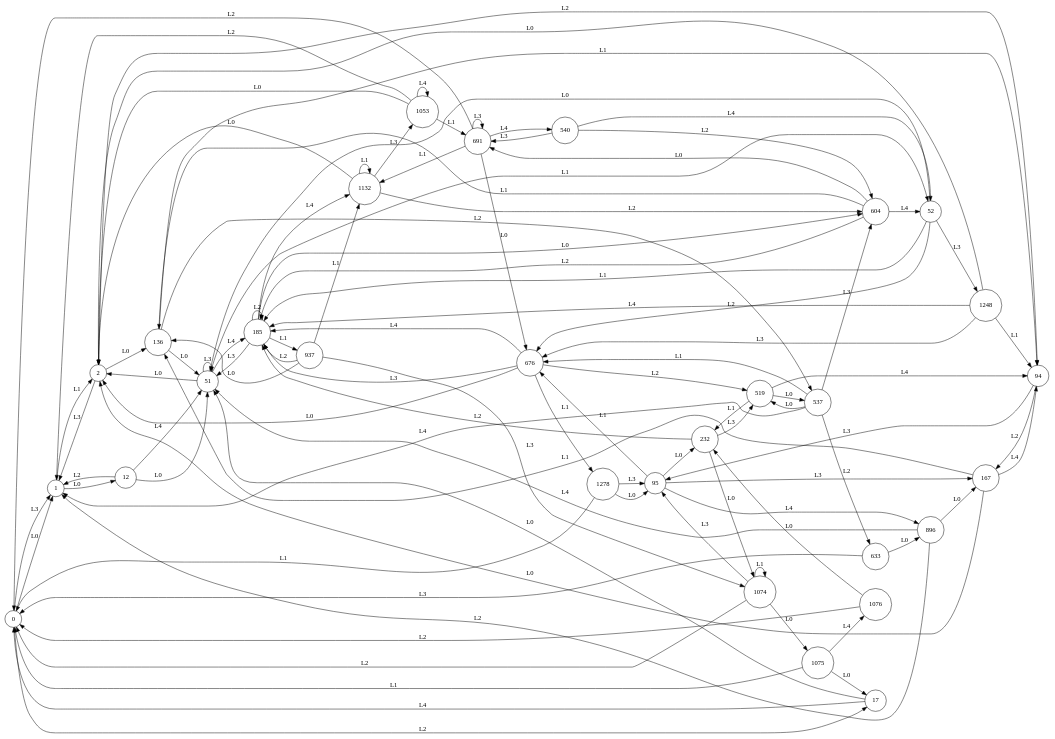
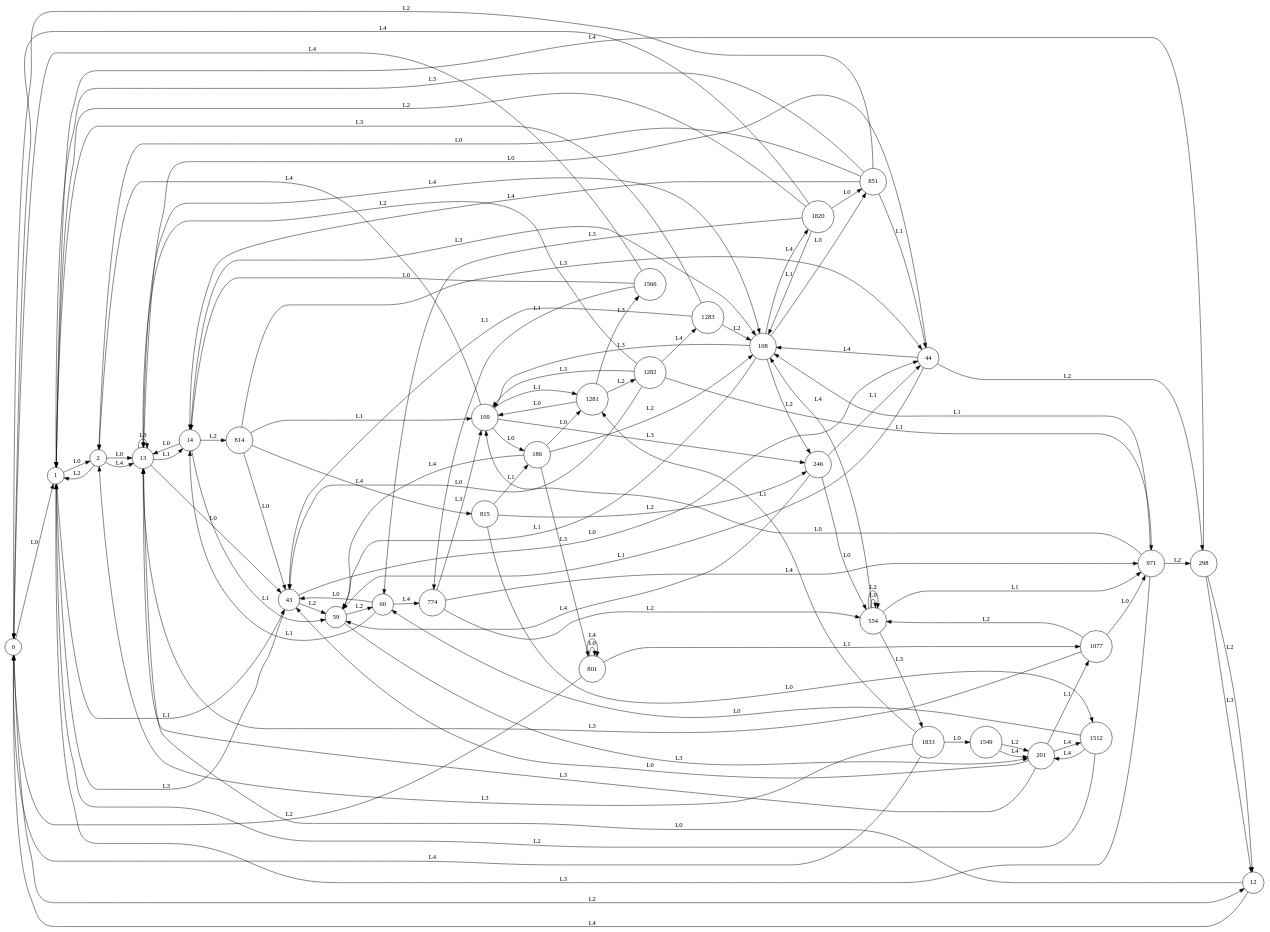
Before and after one commit to k85-ai/KB1: the diagram in learning_E0/learnt-automaton_10_2_5_4~1.dot, drawn with Graphviz. The commit also changed 808 other files, not shown here.

```diff
--- a/learning_E0/learnt-automaton_10_2_5_4~1.dot
+++ b/learning_E0/learnt-automaton_10_2_5_4~1.dot
@@ -1,131 +1,146 @@
 digraph learntMachine {
   rankdir=LR;
   0 [shape=circle, label="0"];
   1 [shape=circle, label="1"];
   2 [shape=circle, label="2"];
   12 [shape=circle, label="12"];
-  17 [shape=circle, label="17"];
-  51 [shape=circle, label="51"];
-  52 [shape=circle, label="52"];
-  94 [shape=circle, label="94"];
-  95 [shape=circle, label="95"];
-  136 [shape=circle, label="136"];
-  167 [shape=circle, label="167"];
-  185 [shape=circle, label="185"];
-  232 [shape=circle, label="232"];
-  519 [shape=circle, label="519"];
-  537 [shape=circle, label="537"];
-  540 [shape=circle, label="540"];
-  604 [shape=circle, label="604"];
-  633 [shape=circle, label="633"];
-  676 [shape=circle, label="676"];
-  691 [shape=circle, label="691"];
-  896 [shape=circle, label="896"];
-  937 [shape=circle, label="937"];
-  1053 [shape=circle, label="1053"];
-  1074 [shape=circle, label="1074"];
-  1075 [shape=circle, label="1075"];
-  1076 [shape=circle, label="1076"];
-  1132 [shape=circle, label="1132"];
-  1248 [shape=circle, label="1248"];
-  1278 [shape=circle, label="1278"];
+  13 [shape=circle, label="13"];
+  14 [shape=circle, label="14"];
+  43 [shape=circle, label="43"];
+  44 [shape=circle, label="44"];
+  59 [shape=circle, label="59"];
+  60 [shape=circle, label="60"];
+  108 [shape=circle, label="108"];
+  109 [shape=circle, label="109"];
+  186 [shape=circle, label="186"];
+  201 [shape=circle, label="201"];
+  246 [shape=circle, label="246"];
+  298 [shape=circle, label="298"];
+  554 [shape=circle, label="554"];
+  774 [shape=circle, label="774"];
+  801 [shape=circle, label="801"];
+  814 [shape=circle, label="814"];
+  815 [shape=circle, label="815"];
+  851 [shape=circle, label="851"];
+  971 [shape=circle, label="971"];
+  1077 [shape=circle, label="1077"];
+  1281 [shape=circle, label="1281"];
+  1282 [shape=circle, label="1282"];
+  1283 [shape=circle, label="1283"];
+  1512 [shape=circle, label="1512"];
+  1549 [shape=circle, label="1549"];
+  1566 [shape=circle, label="1566"];
+  1820 [shape=circle, label="1820"];
+  1833 [shape=circle, label="1833"];
   0 -> 1 [label="L0"];
-  1 -> 2 [label="L1"];
-  2 -> 1 [label="L3"];
-  1 -> 12 [label="L0"];
-  12 -> 51 [label="L0"];
-  0 -> 17 [label="L2"];
-  17 -> 0 [label="L4"];
-  12 -> 1 [label="L2"];
-  17 -> 51 [label="L0"];
-  51 -> 52 [label="L1"];
-  52 -> 51 [label="L0"];
-  2 -> 94 [label="L2"];
-  94 -> 95 [label="L3"];
-  2 -> 136 [label="L0"];
-  136 -> 51 [label="L0"];
-  52 -> 185 [label="L1"];
-  12 -> 51 [label="L4"];
-  94 -> 167 [label="L2"];
-  167 -> 136 [label="L1"];
-  51 -> 185 [label="L4"];
-  185 -> 51 [label="L3"];
-  232 -> 1074 [label="L0"];
-  136 -> 94 [label="L1"];
-  51 -> 2 [label="L0"];
-  167 -> 2 [label="L0"];
-  185 -> 185 [label="L2"];
-  167 -> 94 [label="L4"];
-  95 -> 676 [label="L1"];
-  519 -> 94 [label="L4"];
-  136 -> 537 [label="L2"];
-  537 -> 604 [label="L3"];
-  540 -> 691 [label="L3"];
-  95 -> 167 [label="L3"];
-  604 -> 136 [label="L1"];
-  633 -> 0 [label="L3"];
-  52 -> 676 [label="L2"];
-  676 -> 185 [label="L3"];
-  691 -> 676 [label="L0"];
-  95 -> 896 [label="L4"];
-  896 -> 167 [label="L0"];
-  937 -> 185 [label="L2"];
-  676 -> 185 [label="L4"];
-  1074 -> 1075 [label="L0"];
-  1075 -> 1076 [label="L4"];
-  1076 -> 232 [label="L0"];
-  1132 -> 1132 [label="L1"];
-  896 -> 1 [label="L2"];
-  1248 -> 2 [label="L0"];
-  1278 -> 0 [label="L1"];
-  937 -> 136 [label="L0"];
-  937 -> 1132 [label="L1"];
-  95 -> 232 [label="L0"];
-  232 -> 519 [label="L3"];
-  1132 -> 1053 [label="L3"];
-  537 -> 1 [label="L4"];
-  540 -> 604 [label="L2"];
-  1132 -> 2 [label="L0"];
-  1248 -> 185 [label="L4"];
-  232 -> 185 [label="L2"];
-  51 -> 51 [label="L3"];
-  185 -> 604 [label="L0"];
-  185 -> 1132 [label="L4"];
-  52 -> 1248 [label="L3"];
-  676 -> 2 [label="L0"];
-  676 -> 1278 [label="L1"];
-  1248 -> 94 [label="L1"];
-  1278 -> 95 [label="L0"];
-  604 -> 691 [label="L0"];
-  1248 -> 676 [label="L3"];
-  1053 -> 691 [label="L1"];
-  896 -> 51 [label="L4"];
-  519 -> 537 [label="L0"];
-  185 -> 937 [label="L1"];
-  604 -> 185 [label="L2"];
-  604 -> 52 [label="L4"];
-  1132 -> 604 [label="L2"];
-  1053 -> 2 [label="L0"];
-  691 -> 0 [label="L2"];
-  537 -> 676 [label="L1"];
-  1053 -> 1053 [label="L4"];
-  937 -> 1074 [label="L3"];
-  691 -> 1132 [label="L1"];
-  676 -> 519 [label="L2"];
-  691 -> 540 [label="L4"];
-  691 -> 691 [label="L3"];
-  1074 -> 1074 [label="L1"];
-  537 -> 633 [label="L2"];
-  540 -> 52 [label="L4"];
-  1053 -> 1 [label="L2"];
-  1278 -> 95 [label="L3"];
-  519 -> 232 [label="L1"];
-  537 -> 519 [label="L0"];
-  633 -> 896 [label="L0"];
-  1074 -> 0 [label="L2"];
-  1075 -> 17 [label="L0"];
-  1075 -> 0 [label="L1"];
-  0 -> 1 [label="L3"];
-  1074 -> 95 [label="L3"];
-  1076 -> 0 [label="L2"];
+  1 -> 2 [label="L0"];
+  2 -> 13 [label="L4"];
+  0 -> 12 [label="L2"];
+  12 -> 13 [label="L0"];
+  13 -> 14 [label="L1"];
+  14 -> 13 [label="L0"];
+  12 -> 0 [label="L4"];
+  2 -> 1 [label="L2"];
+  1 -> 43 [label="L1"];
+  43 -> 44 [label="L0"];
+  44 -> 13 [label="L0"];
+  2 -> 13 [label="L0"];
+  43 -> 59 [label="L2"];
+  59 -> 60 [label="L2"];
+  60 -> 43 [label="L0"];
+  43 -> 1 [label="L3"];
+  13 -> 108 [label="L4"];
+  108 -> 109 [label="L3"];
+  109 -> 2 [label="L4"];
+  44 -> 59 [label="L1"];
+  14 -> 59 [label="L1"];
+  60 -> 14 [label="L1"];
+  109 -> 186 [label="L0"];
+  186 -> 108 [label="L2"];
+  59 -> 201 [label="L3"];
+  108 -> 246 [label="L2"];
+  246 -> 59 [label="L4"];
+  246 -> 44 [label="L1"];
+  44 -> 298 [label="L2"];
+  298 -> 1 [label="L4"];
+  13 -> 43 [label="L0"];
+  298 -> 12 [label="L3"];
+  201 -> 13 [label="L3"];
+  554 -> 554 [label="L0"];
+  201 -> 43 [label="L0"];
+  60 -> 774 [label="L4"];
+  774 -> 109 [label="L3"];
+  801 -> 1077 [label="L1"];
+  14 -> 814 [label="L2"];
+  814 -> 815 [label="L4"];
+  815 -> 186 [label="L1"];
+  814 -> 44 [label="L3"];
+  851 -> 44 [label="L1"];
+  971 -> 109 [label="L0"];
+  201 -> 1077 [label="L1"];
+  1077 -> 554 [label="L2"];
+  109 -> 246 [label="L3"];
+  851 -> 2 [label="L0"];
+  815 -> 1512 [label="L0"];
+  109 -> 1281 [label="L1"];
+  1281 -> 1282 [label="L2"];
+  1282 -> 1283 [label="L4"];
+  1283 -> 108 [label="L2"];
+  1282 -> 971 [label="L1"];
+  201 -> 1512 [label="L4"];
+  1512 -> 1 [label="L2"];
+  1549 -> 201 [label="L4"];
+  1566 -> 774 [label="L1"];
+  1077 -> 13 [label="L3"];
+  1820 -> 108 [label="L1"];
+  1833 -> 1281 [label="L1"];
+  1512 -> 60 [label="L0"];
+  1282 -> 43 [label="L0"];
+  1281 -> 1566 [label="L3"];
+  246 -> 554 [label="L0"];
+  774 -> 554 [label="L2"];
+  1820 -> 60 [label="L3"];
+  1820 -> 851 [label="L0"];
+  1512 -> 201 [label="L4"];
+  554 -> 554 [label="L2"];
+  186 -> 801 [label="L3"];
+  186 -> 1281 [label="L0"];
+  13 -> 13 [label="L3"];
+  108 -> 851 [label="L0"];
+  108 -> 1820 [label="L4"];
+  14 -> 108 [label="L3"];
+  814 -> 43 [label="L0"];
+  814 -> 109 [label="L1"];
+  815 -> 246 [label="L2"];
+  851 -> 14 [label="L4"];
+  1820 -> 0 [label="L4"];
+  554 -> 1833 [label="L3"];
+  971 -> 108 [label="L1"];
+  851 -> 1 [label="L3"];
+  1281 -> 109 [label="L0"];
+  108 -> 59 [label="L1"];
+  1820 -> 1 [label="L2"];
+  971 -> 298 [label="L2"];
+  554 -> 108 [label="L4"];
+  801 -> 801 [label="L0"];
+  1566 -> 14 [label="L0"];
+  298 -> 12 [label="L2"];
+  44 -> 108 [label="L4"];
+  1833 -> 1549 [label="L0"];
+  851 -> 0 [label="L2"];
+  1549 -> 201 [label="L2"];
+  1566 -> 0 [label="L4"];
+  554 -> 971 [label="L1"];
+  1283 -> 1 [label="L3"];
+  971 -> 1 [label="L3"];
+  1833 -> 2 [label="L3"];
+  1282 -> 109 [label="L3"];
+  1283 -> 43 [label="L1"];
+  1282 -> 13 [label="L2"];
+  801 -> 801 [label="L4"];
+  801 -> 0 [label="L2"];
+  186 -> 59 [label="L4"];
+  1077 -> 971 [label="L0"];
+  1833 -> 0 [label="L4"];
+  774 -> 971 [label="L4"];
 }
```
